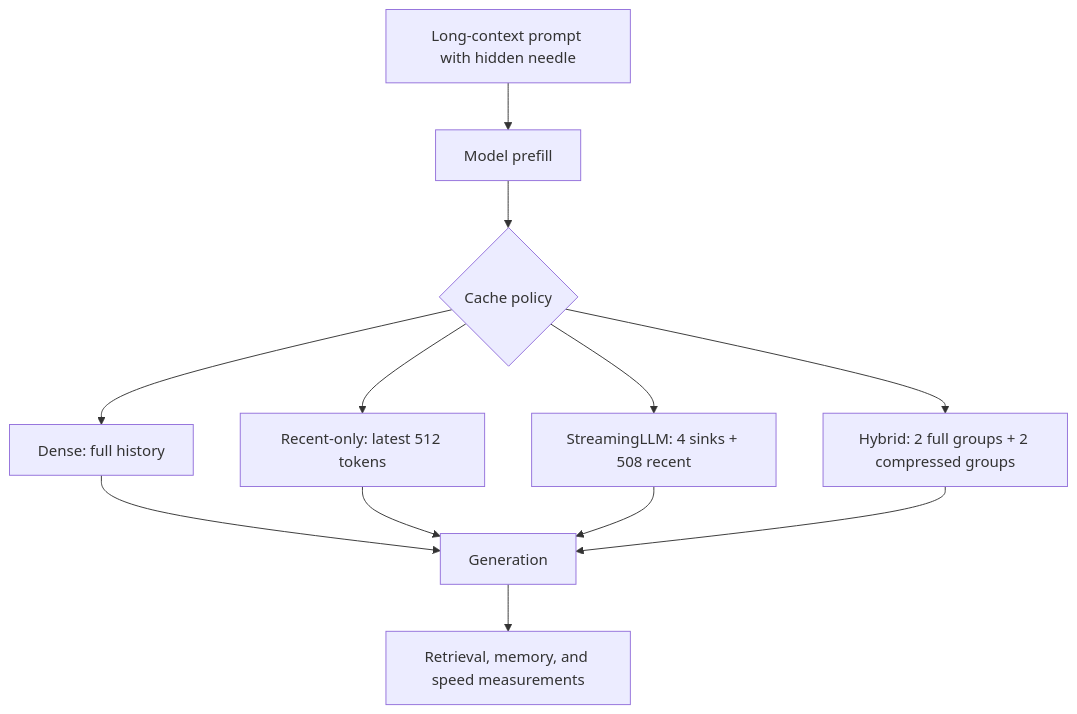
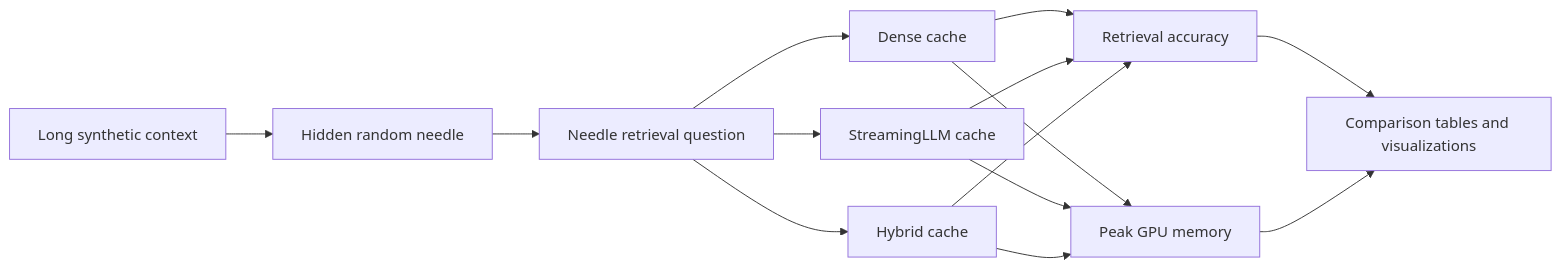
The first of 2 diagrams in README.md (may-vaz/hybrid-streaming-attention), drawn with Mermaid before and after one commit. The commit also changed other lines of this file, not shown here.

````diff
--- a/README.md
+++ b/README.md
@@ -44,14 +31,21 @@
 ```mermaid
-flowchart TD
-    A[Long-context prompt with hidden needle] --> B[Model prefill]
-    B --> C{Cache policy}
-    C --> D[Dense: full history]
-    C --> E[Recent-only: latest 512 tokens]
-    C --> F[StreamingLLM: 4 sinks + 508 recent]
-    C --> G[Hybrid: 2 full groups + 2 compressed groups]
-    D --> H[Generation]
+flowchart LR
+    A[Long synthetic context] --> B[Hidden random needle]
+    B --> C[Needle retrieval question]
+
+    C --> D[Dense cache]
+    C --> E[StreamingLLM cache]
+    C --> F[Hybrid cache]
+
+    D --> G[Retrieval accuracy]
+    D --> H[Peak GPU memory]
+
+    E --> G
     E --> H
+
+    F --> G
     F --> H
-    G --> H
-    H --> I[Retrieval, memory, and speed measurements]
+
+    G --> I[Comparison tables and visualizations]
+    H --> I
 ```
````
